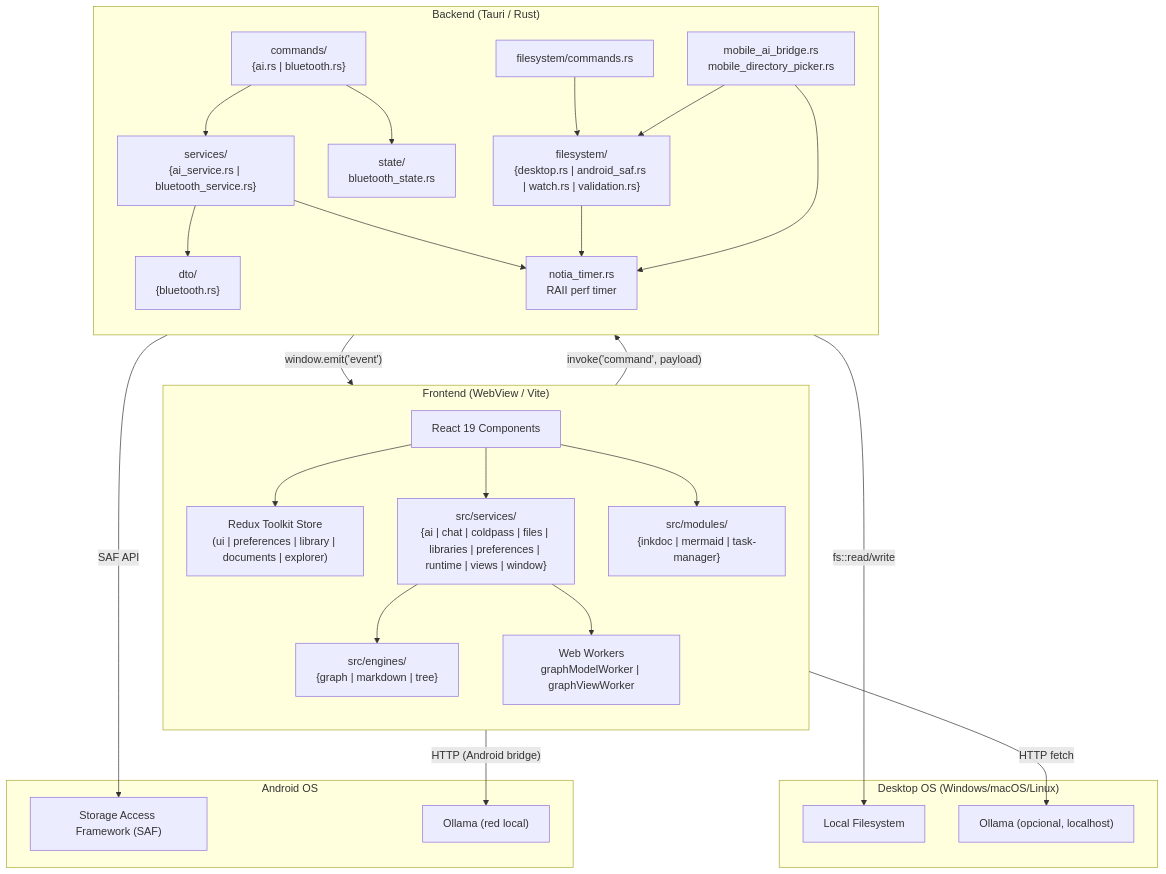
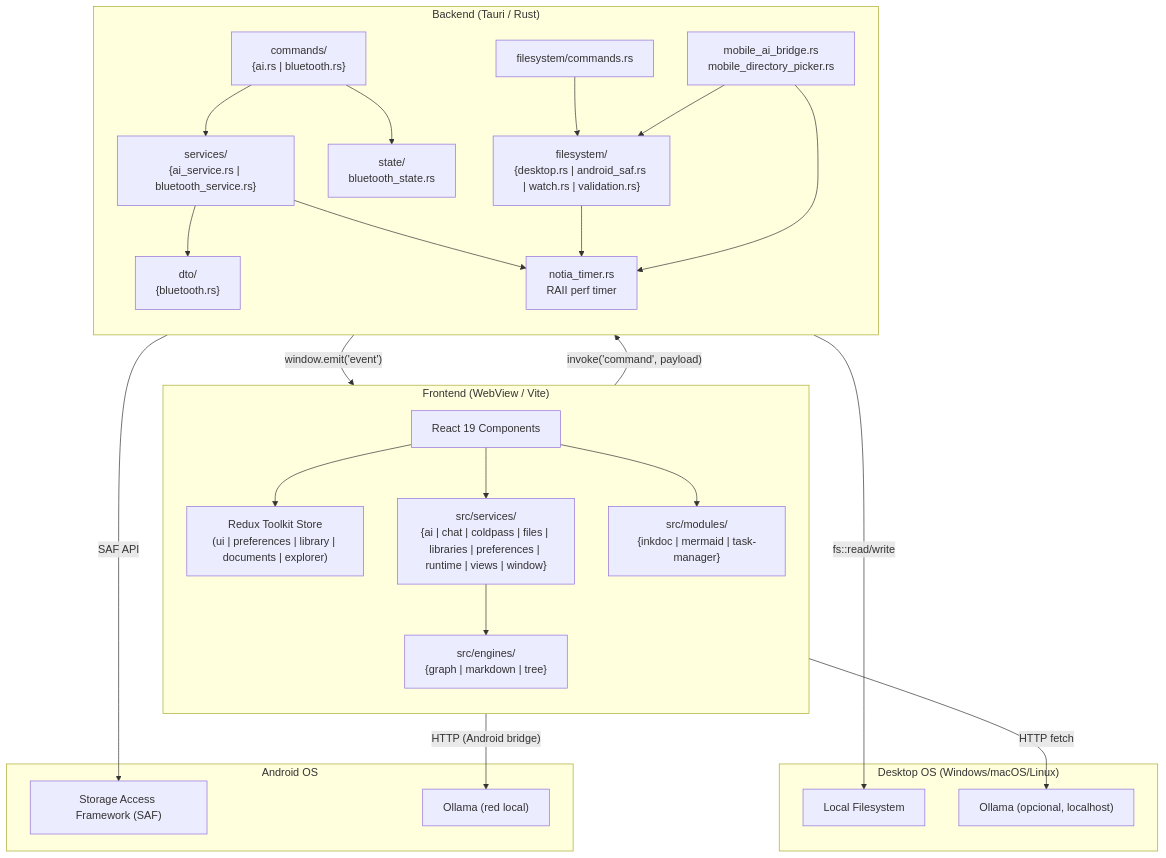
Before and after one commit to GabrielMiuzzi/notia: the first of 42 diagrams in README-TECH.md, drawn with Mermaid. The commit also changed other lines of this file and 23 other files, not shown here.

First line of the commit message:
feat(graph,mermaid): Graph View via Mermaid, linkCache auto-rebuild, lazy inline renders

````diff
--- a/README-TECH.md
+++ b/README-TECH.md
@@ -1232,56 +1253,54 @@
 ```mermaid
 graph TB
     subgraph Desktop["Desktop OS (Windows/macOS/Linux)"]
         FS["Local Filesystem"]
         Ollama["Ollama (opcional, localhost)"]
     end
 
     subgraph Android["Android OS"]
         SAF["Storage Access Framework (SAF)"]
         OllamaAndroid["Ollama (red local)"]
     end
 
     subgraph Frontend["Frontend (WebView / Vite)"]
         direction TB
         React["React 19 Components"]
         Redux["Redux Toolkit Store<br/>(ui | preferences | library | documents | explorer)"]
         Services["src/services/<br/>{ai | chat | coldpass | files | libraries | preferences | runtime | views | window}"]
         Engines["src/engines/<br/>{graph | markdown | tree}"]
-        Workers["Web Workers<br/>graphModelWorker | graphViewWorker"]
         Modules["src/modules/<br/>{inkdoc | mermaid | task-manager}"]
 
         React --> Redux
         React --> Services
         Services --> Engines
-        Services --> Workers
         React --> Modules
     end
 
     subgraph Backend["Backend (Tauri / Rust)"]
         direction TB
         Commands["commands/<br/>{ai.rs | bluetooth.rs}"]
         FSCommands["filesystem/commands.rs"]
         ServicesRust["services/<br/>{ai_service.rs | bluetooth_service.rs}"]
         FSImpl["filesystem/<br/>{desktop.rs | android_saf.rs | watch.rs | validation.rs}"]
         DTOs["dto/<br/>{bluetooth.rs}"]
         State["state/<br/>bluetooth_state.rs"]
         Mobile["mobile_ai_bridge.rs<br/>mobile_directory_picker.rs"]
         NotiaTimer["notia_timer.rs<br/>RAII perf timer"]
 
         Commands --> ServicesRust
         FSCommands --> FSImpl
         ServicesRust --> DTOs
         Commands --> State
         Mobile --> FSImpl
         FSImpl --> NotiaTimer
         ServicesRust --> NotiaTimer
         Mobile --> NotiaTimer
     end
 
     Frontend --"invoke('command', payload)"--> Backend
     Backend --"window.emit('event')"--> Frontend
     Backend --"fs::read/write"--> FS
     Backend --"SAF API"--> SAF
     Services --"HTTP fetch"--> Ollama
     Services --"HTTP (Android bridge)"--> OllamaAndroid
 ```
````
